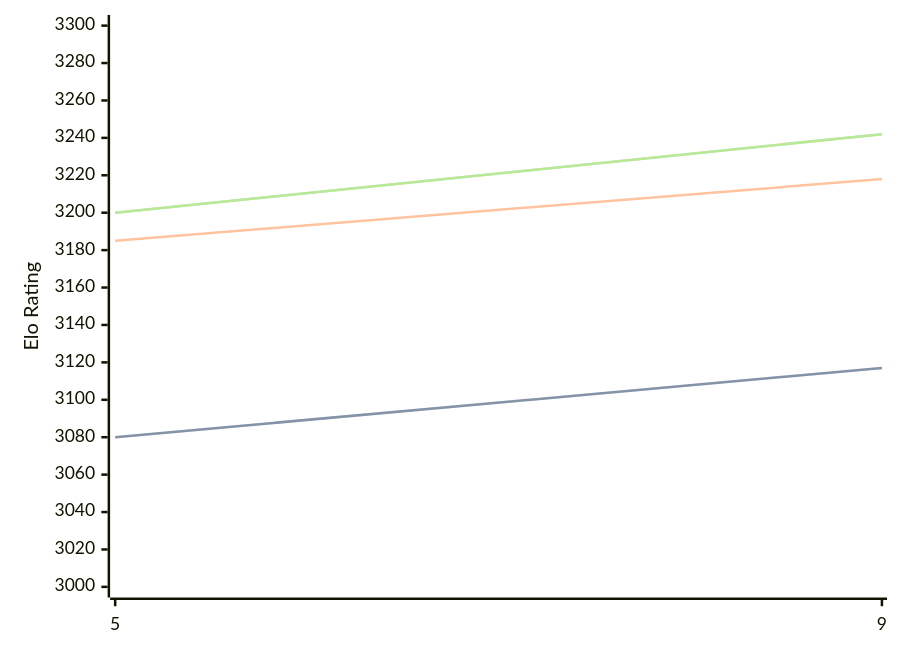
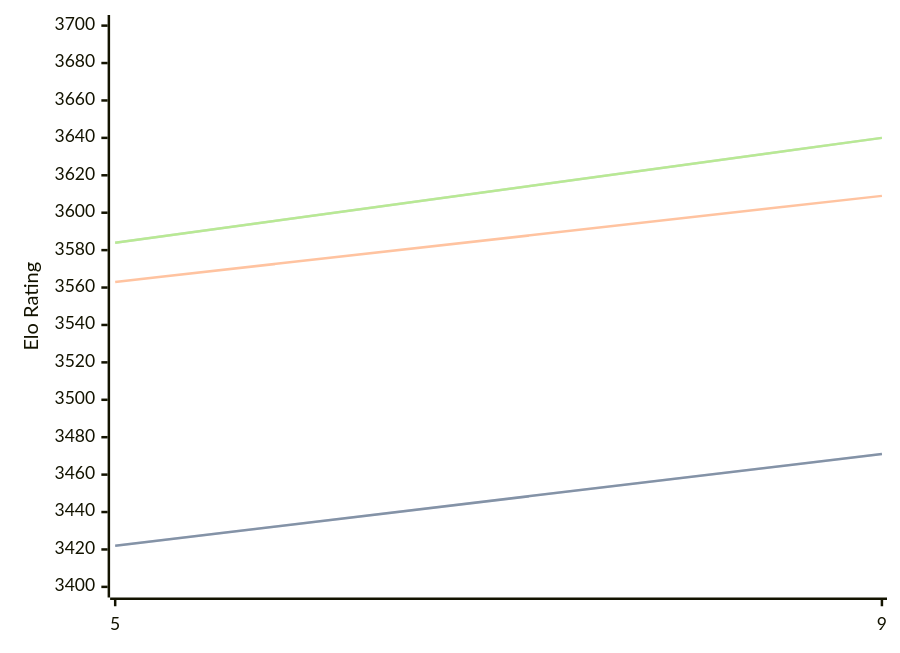
One commit to computer-chess-index/cci changed the diagram in engines/Crystal.md. Above: the diagram before and after it, drawn with Mermaid. The commit also changed other lines of this file, not shown here.

Commit message:
Update CCI Ratings (ELO VLTC) - 2026-02-24

````diff
--- a/engines/Crystal.md
+++ b/engines/Crystal.md
@@ -57,11 +58,11 @@
 ```mermaid
 %%{init: {"theme":"base","themeVariables":{"seriesColors:['#a3a3a3','#222221','#faa371']}}}%%
 xychart-beta
   x-axis ["5", "9"]
-  y-axis "Elo Rating" 3000 --> 3300
-  line "STC (8.0+0.08s)" [3080, 3117]
-  line "STC (8.0+0.08s)" [3080, 3117]
-  line "LTC (60.0+0.60s)" [3185, 3218]
-  line "VLTC (2m24s+1.12s)" [3200, 3242]
-  line "VLTC (2m24s+1.12s)" [3200, 3242]
+  y-axis "Elo Rating" 3400 --> 3700
+  line "STC (8.0+0.08s)" [3422, 3471]
+  line "STC (8.0+0.08s)" [3422, 3471]
+  line "LTC (60.0+0.60s)" [3563, 3609]
+  line "VLTC (2m24s+1.12s)" [3584, 3640]
+  line "VLTC (2m24s+1.12s)" [3584, 3640]
 ```
````
